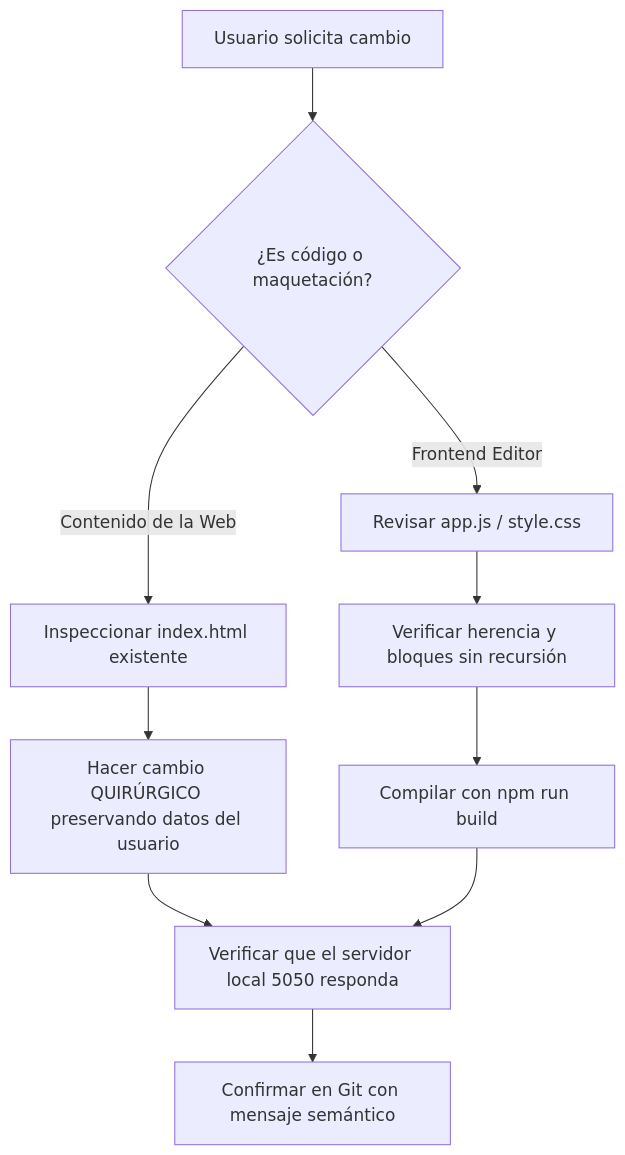
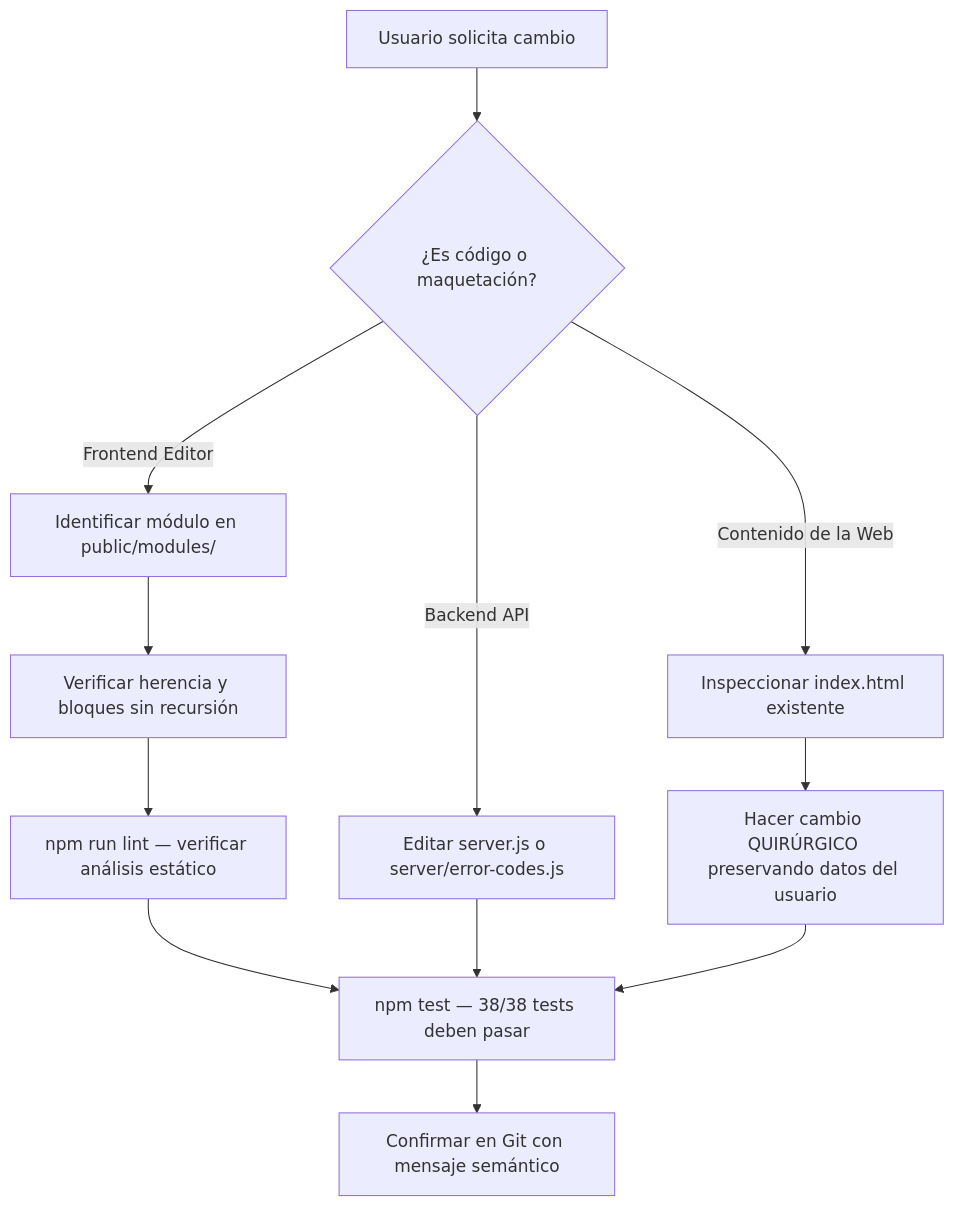
Before and after one commit to myinnervoid/RotulosWEB: the diagram in AGENTS.md, drawn with Mermaid. The commit also changed other lines of this file and 43 other files, not shown here.

````diff
--- a/AGENTS.md
+++ b/AGENTS.md
@@ -75,12 +89,14 @@
 ```mermaid
 flowchart TD
     A[Usuario solicita cambio] --> B{¿Es código o maquetación?}
-    B -->|Frontend Editor| C[Revisar app.js / style.css]
-    B -->|Contenido de la Web| D[Inspeccionar index.html existente]
-    C --> E[Verificar herencia y bloques sin recursión]
-    E --> F[Compilar con npm run build]
-    D --> G[Hacer cambio QUIRÚRGICO preservando datos del usuario]
-    G --> H[Verificar que el servidor local 5050 responda]
-    F --> H
-    H --> I[Confirmar en Git con mensaje semántico]
+    B -->|Frontend Editor| C[Identificar módulo en public/modules/]
+    B -->|Backend API| D[Editar server.js o server/error-codes.js]
+    B -->|Contenido de la Web| E[Inspeccionar index.html existente]
+    C --> F[Verificar herencia y bloques sin recursión]
+    F --> G[npm run lint — verificar análisis estático]
+    G --> H[npm test — 38/38 tests deben pasar]
+    D --> H
+    E --> I[Hacer cambio QUIRÚRGICO preservando datos del usuario]
+    I --> H
+    H --> J[Confirmar en Git con mensaje semántico]
 ```
````
